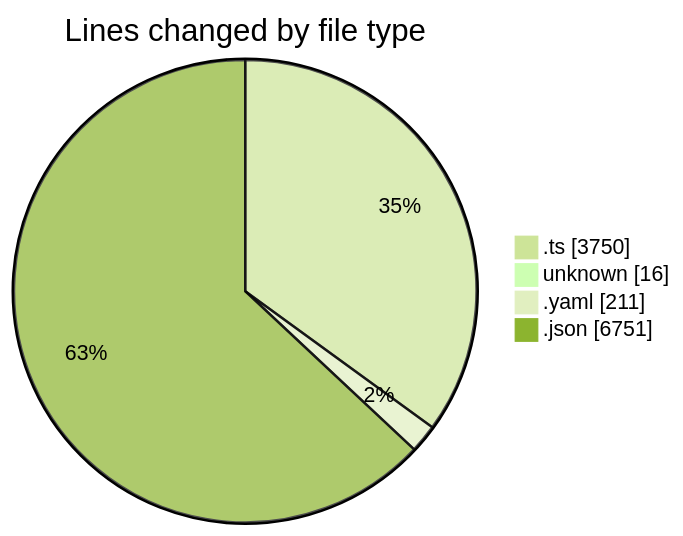
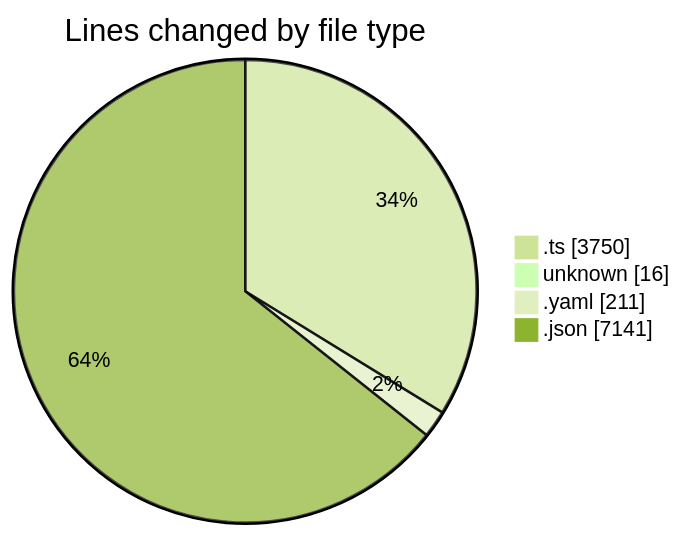
The first of 2 diagrams in 2025-10-01/oura-api/README.md (mevix1/code-tracking), drawn with Mermaid (forest theme) before and after one commit. The commit also changed other lines of this file and 1 other file, not shown here.

````diff
--- a/2025-10-01/oura-api/README.md
+++ b/2025-10-01/oura-api/README.md
@@ -52,8 +52,8 @@
 ```mermaid
 pie showData
 title Lines changed by file type
 ".ts" : 3750
 "unknown" : 16
 ".yaml" : 211
-".json" : 6751
+".json" : 7141
 ```
````
